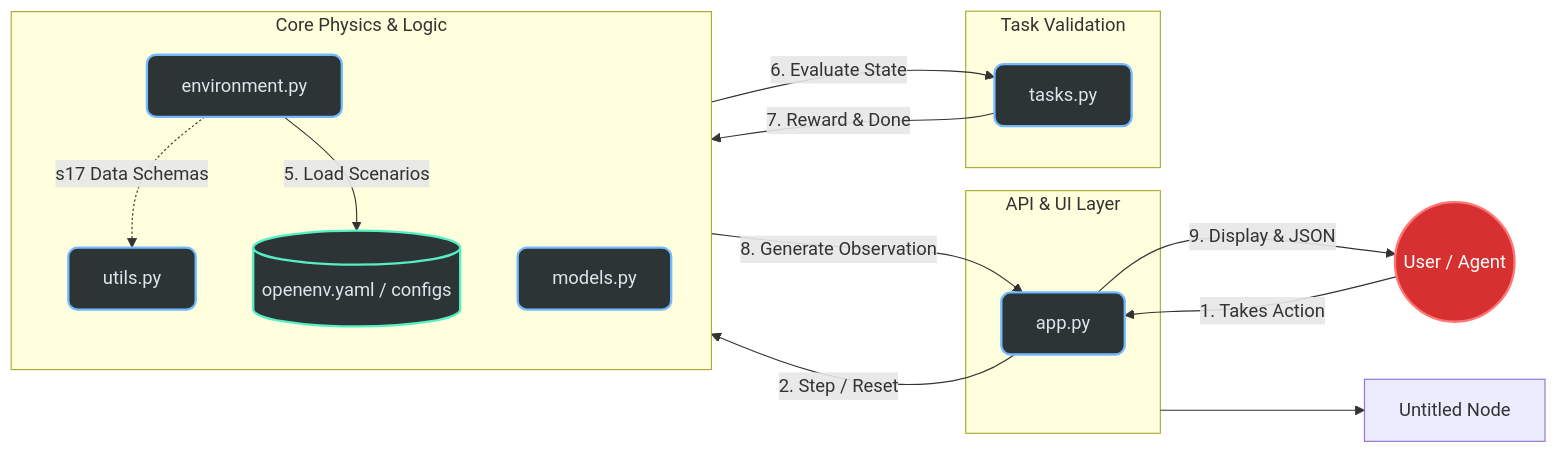
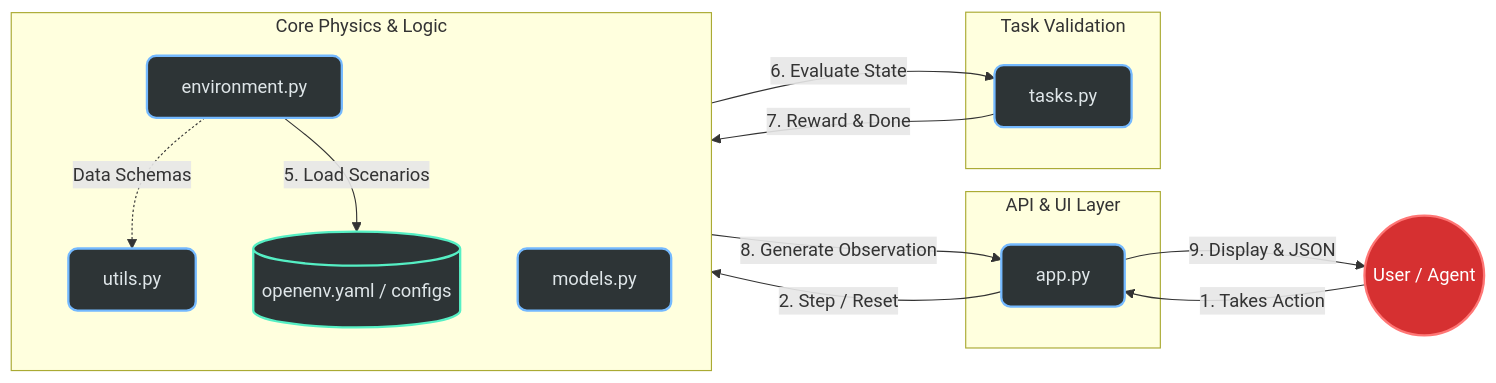
The diagram in README.md (samarth-2006SJW/MINI_RL_ENVIRONMENT), drawn with Mermaid before and after one commit.

Commit message:
Refactor system architecture diagram in README

````diff
--- a/README.md
+++ b/README.md
@@ -90,37 +90,44 @@
 ```mermaid
  flowchart LR
- subgraph Presentation_Layer["API & UI Layer"]
+    %% Layers Definition
+    subgraph Presentation_Layer["API & UI Layer"]
         App["app.py"]
-  end
- subgraph Core_Layer["Core Physics & Logic"]
-    direction TB
+    end
+
+    subgraph Core_Layer["Core Physics & Logic"]
+        direction TB
         Env["environment.py"]
         Models["models.py"]
         Utils["utils.py"]
         Config[("openenv.yaml / configs")]
-  end
- subgraph Evaluation_Layer["Task Validation"]
+    end
+
+    subgraph Evaluation_Layer["Task Validation"]
         Tasks["tasks.py"]
-  end
+    end
+
+    %% Interaction Flow
     Agent(("User / Agent")) -- "1. Takes Action" --> App
     App -- "2. Step / Reset" --> Env
-    Env -. s17 Data Schemas .-> Utils
+    Env -. "Data Schemas" .-> Utils
     Env -- "5. Load Scenarios" --> Config
     Env -- "6. Evaluate State" --> Tasks
     Tasks -- "7. Reward & Done" --> Env
     Env -- "8. Generate Observation" --> App
     App -- "9. Display & JSON" --> Agent
-    Presentation_Layer --> n1["Untitled Node"]
 
-     App:::fileNode
-     Env:::fileNode
-     Models:::fileNode
-     Utils:::fileNode
-     Config:::dataNode
-     Tasks:::fileNode
-     Agent:::actorNode
+    %% Styling Classes
     classDef fileNode fill:#2d3436,stroke:#74b9ff,stroke-width:2px,color:#dfe6e9,rx:8px,ry:8px
     classDef dataNode fill:#2d3436,stroke:#55efc4,stroke-width:2px,color:#dfe6e9
     classDef actorNode fill:#d63031,stroke:#ff7675,stroke-width:2px,color:#ffffff,shape:circle
 
+    %% Applying Classes
+    App:::fileNode
+    Env:::fileNode
+    Models:::fileNode
+    Utils:::fileNode
+    Config:::dataNode
+    Tasks:::fileNode
+    Agent:::actorNode
+
 ```    
````
